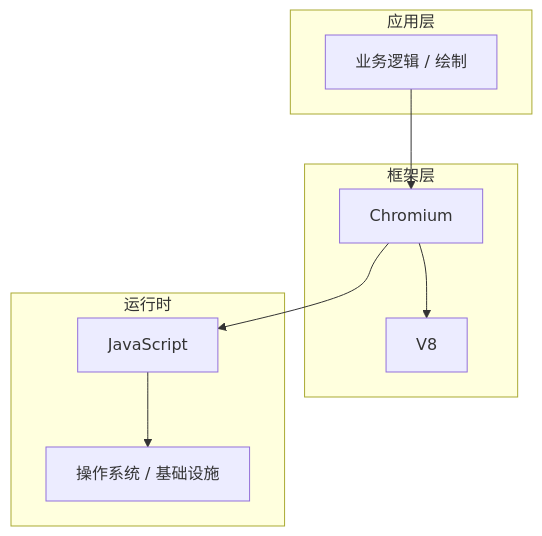
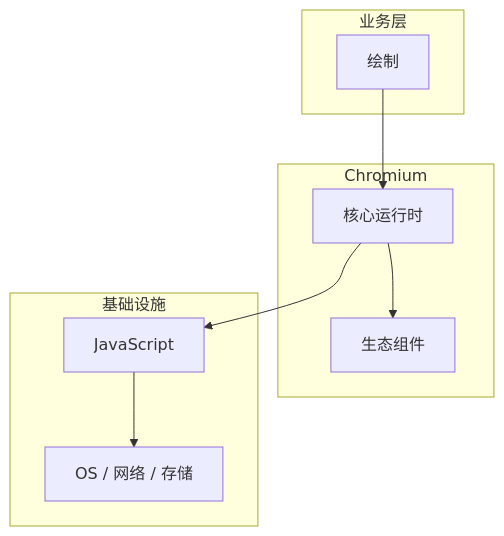
The diagram in articles/浏览器原理/chapters/031-绘制核心概念与原理.md (yanggan2015/knowledge-json-v2), drawn with Mermaid before and after one commit. The commit also changed other lines of this file and 10127 other files, not shown here.

````diff
--- a/articles/浏览器原理/chapters/031-绘制核心概念与原理.md
+++ b/articles/浏览器原理/chapters/031-绘制核心概念与原理.md
@@ -45,18 +34,18 @@
 ```mermaid
 graph TB
-    subgraph 应用层
-        A[业务逻辑 / 绘制]
+    subgraph 业务层
+        A[绘制]
     end
-    subgraph 框架层
-        B[Chromium]
-        C[V8]
+    subgraph Chromium
+        B[核心运行时]
+        C[生态组件]
     end
-    subgraph 运行时
+    subgraph 基础设施
         D[JavaScript]
-        E[操作系统 / 基础设施]
+        E[OS / 网络 / 存储]
     end
     A --> B
     B --> C
     B --> D
     D --> E
 ```
````
